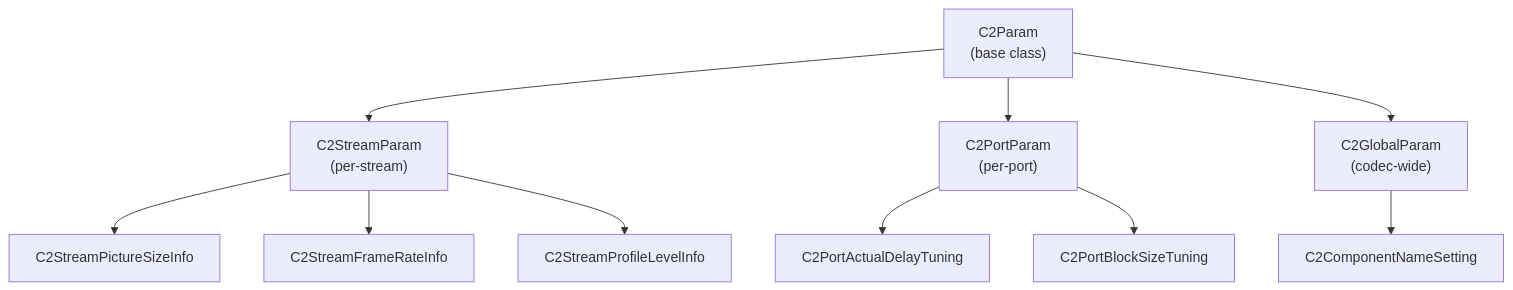
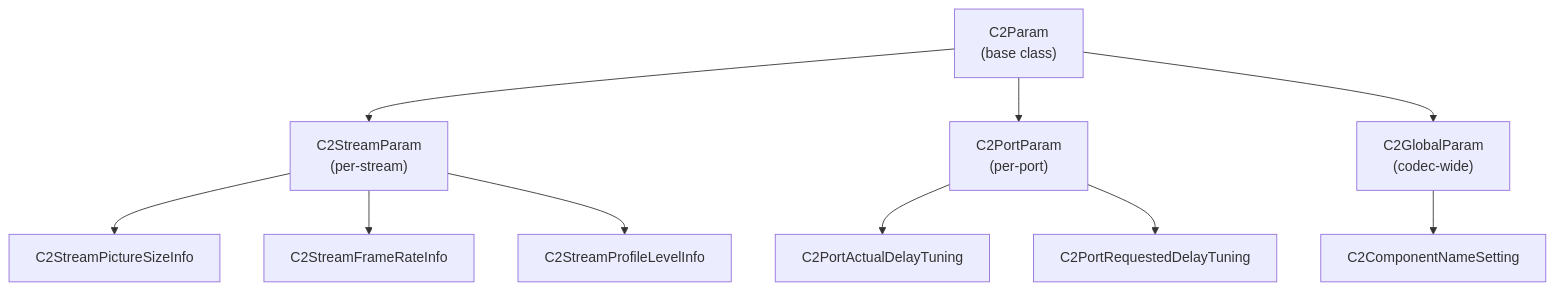
One commit to aospbooks/aosp-internal-book changed the eighth of 34 diagrams in 16-media-and-camera.md. Above: the diagram before and after it, drawn with Mermaid. The commit also changed other lines of this file and 218 other files, not shown here.

````diff
--- a/16-media-and-camera.md
+++ b/16-media-and-camera.md
@@ -1133,18 +1143,18 @@
 ```mermaid
 graph TD
     C2P["C2Param<br/>(base class)"]
     C2SP["C2StreamParam<br/>(per-stream)"]
     C2PP["C2PortParam<br/>(per-port)"]
     C2GP["C2GlobalParam<br/>(codec-wide)"]
 
     C2P --> C2SP
     C2P --> C2PP
     C2P --> C2GP
 
     C2SP --> Ex1["C2StreamPictureSizeInfo"]
     C2SP --> Ex2["C2StreamFrameRateInfo"]
     C2SP --> Ex3["C2StreamProfileLevelInfo"]
     C2PP --> Ex4["C2PortActualDelayTuning"]
-    C2PP --> Ex5["C2PortBlockSizeTuning"]
+    C2PP --> Ex5["C2PortRequestedDelayTuning"]
     C2GP --> Ex6["C2ComponentNameSetting"]
 ```
````
